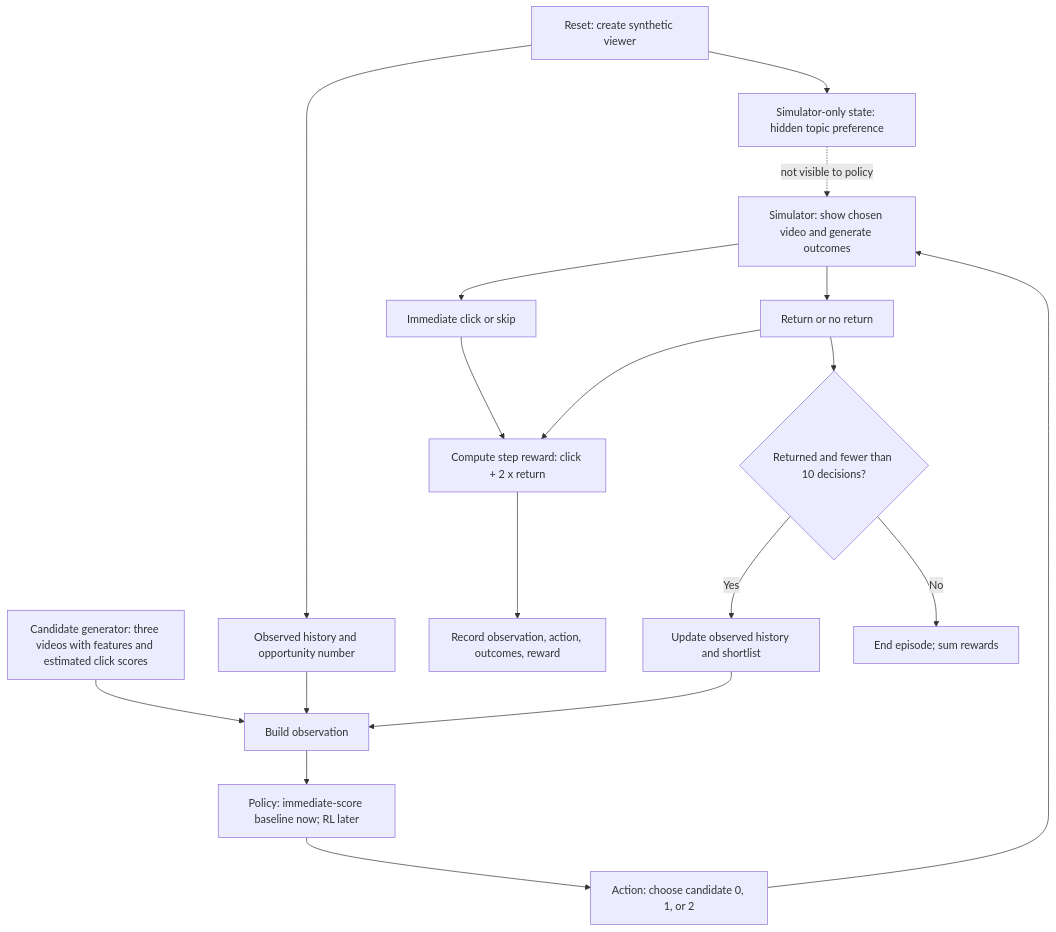
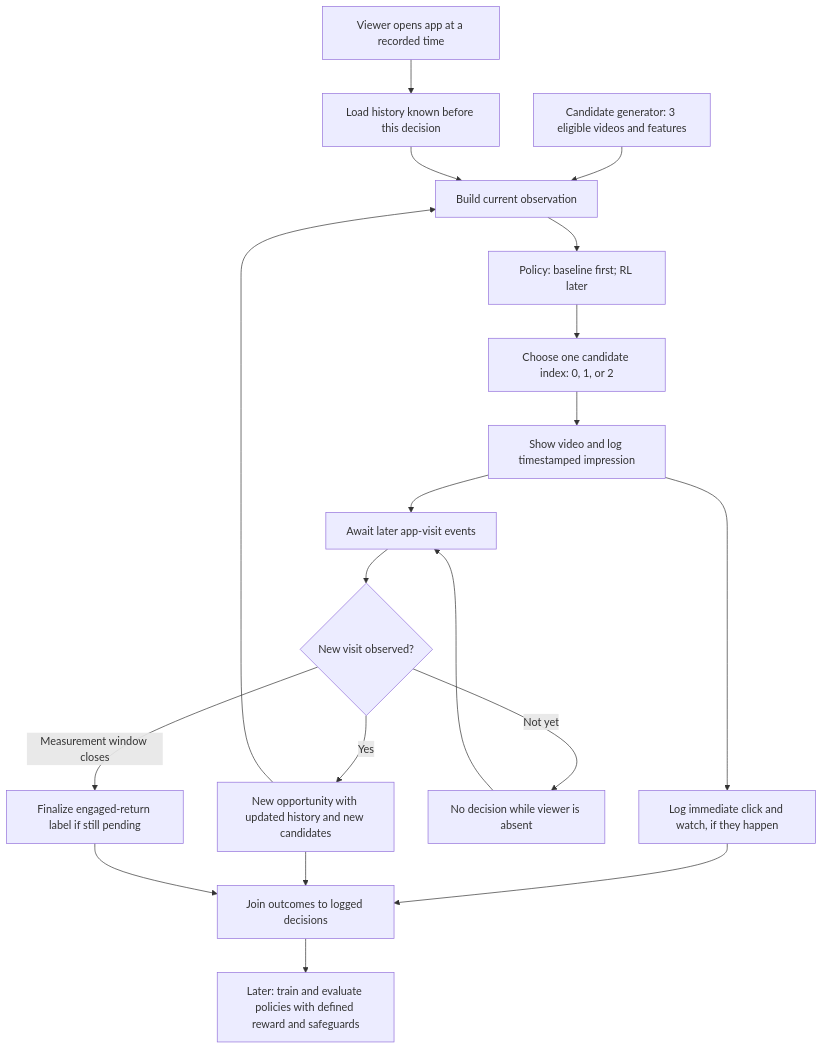
One commit to Fahlevi20/rl-video-recommender-lab changed the diagram in SYSTEM_DESIGN.md. Above: the diagram before and after it, drawn with Mermaid. The commit also changed other lines of this file and 2 other files, not shown here.

Commit message:
Add discussion notes and update system design documentation for video recommender RL project

````diff
--- a/SYSTEM_DESIGN.md
+++ b/SYSTEM_DESIGN.md
@@ -9,20 +15,21 @@
 ```mermaid
 flowchart TD
-    START[Reset: create synthetic viewer] --> HIDDEN[Simulator-only state: hidden topic preference]
-    START --> HISTORY[Observed history and opportunity number]
-    CANDIDATES[Candidate generator: three videos with features and estimated click scores] --> OBS[Build observation]
-    HISTORY --> OBS
-    HIDDEN -. "not visible to policy" .-> SIM
-    OBS --> POLICY[Policy: immediate-score baseline now; RL later]
-    POLICY --> ACTION[Action: choose candidate 0, 1, or 2]
-    ACTION --> SIM[Simulator: show chosen video and generate outcomes]
-    SIM --> CLICK[Immediate click or skip]
-    SIM --> RETURN[Return or no return]
-    CLICK --> REWARD[Compute step reward: click + 2 x return]
-    RETURN --> REWARD
-    REWARD --> LOG[Record observation, action, outcomes, reward]
-    RETURN --> DECISION{Returned and fewer than 10 decisions?}
-    DECISION -- Yes --> UPDATE[Update observed history and shortlist]
-    UPDATE --> OBS
-    DECISION -- No --> END[End episode; sum rewards]
+    V[Viewer opens app at a recorded time] --> H[Load history known before this decision]
+    C[Candidate generator: 3 eligible videos and features] --> O[Build current observation]
+    H --> O
+    O --> P[Policy: baseline first; RL later]
+    P --> A[Choose one candidate index: 0, 1, or 2]
+    A --> I[Show video and log timestamped impression]
+    I --> X[Log immediate click and watch, if they happen]
+    I --> W[Await later app-visit events]
+    X --> L[Join outcomes to logged decisions]
+    W --> N{New visit observed?}
+    N -- Yes --> NV[New opportunity with updated history and new candidates]
+    NV --> O
+    N -- Not yet --> WAIT[No decision while viewer is absent]
+    WAIT --> W
+    N -- Measurement window closes --> M[Finalize engaged-return label if still pending]
+    NV --> L
+    M --> L
+    L --> D[Later: train and evaluate policies with defined reward and safeguards]
 ```
````
